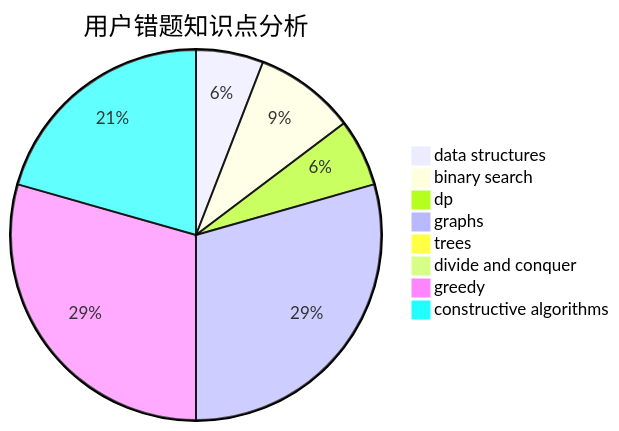
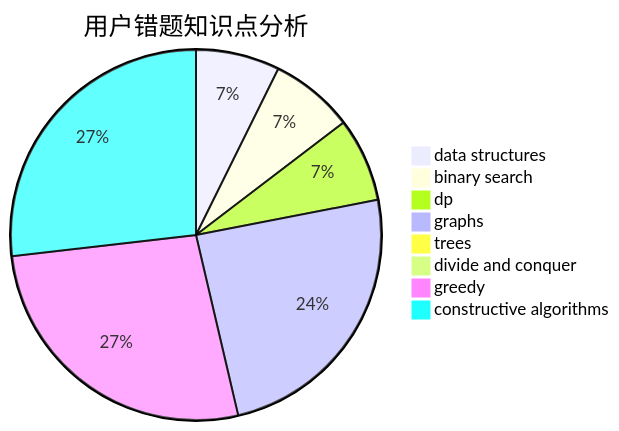
Before and after one commit to sherpahu/cfrs.github.io: the third of 3 diagrams in docs/user/u1494.md, drawn with Mermaid. The commit also changed other lines of this file and 2770 other files, not shown here.

````diff
--- a/docs/user/u1494.md
+++ b/docs/user/u1494.md
@@ -36,11 +36,11 @@
 ```mermaid
 pie title 用户错题知识点分析
-    "data structures" :  2
+    "data structures" :  3
     "binary search" :  3
-    "dp" :  2
+    "dp" :  3
     "graphs" :  10
     "trees" :  0
     "divide and conquer" :  0
-    "greedy" :  10
-    "constructive algorithms" :  7
+    "greedy" :  11
+    "constructive algorithms" :  11
 ```
````
